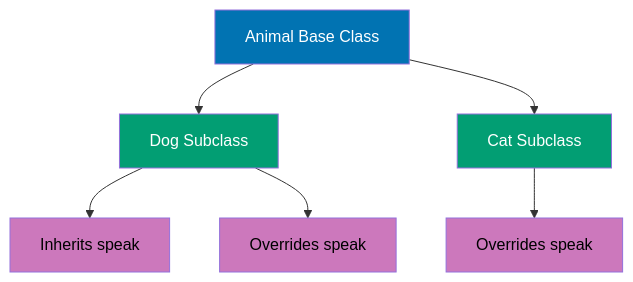
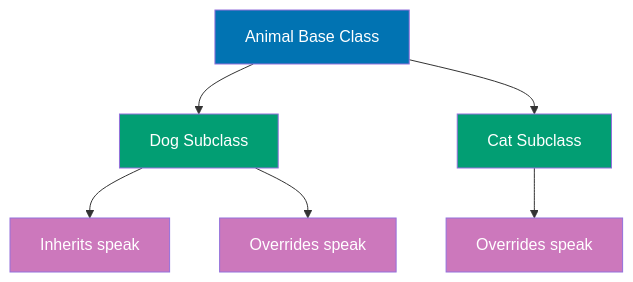
The tenth of 11 diagrams in apps/ayokoding-web/content/en/learn/software-engineering/programming-languages/python/by-example/beginner.md (wahidyankf/open-sharia-enterprise), drawn with Mermaid before and after one commit. The commit also changed other lines of this file and 61 other files, not shown here.

First line of the commit message:
fix(ayokoding-web): quote Mermaid node labels with special characters in Example 63

````diff
--- a/apps/ayokoding-web/content/en/learn/software-engineering/programming-languages/python/by-example/beginner.md
+++ b/apps/ayokoding-web/content/en/learn/software-engineering/programming-languages/python/by-example/beginner.md
@@ -2662,16 +2662,16 @@
 ```mermaid
 %% Inheritance hierarchy
 graph TD
     A[Animal Base Class] --> B[Dog Subclass]
     A --> C[Cat Subclass]
     B --> D[Inherits speak]
     B --> E[Overrides speak]
     C --> F[Overrides speak]
 
     style A fill:#0173B2,color:#fff
     style B fill:#029E73,color:#fff
     style C fill:#029E73,color:#fff
-    style D fill:#CC78BC,color:#000
-    style E fill:#CC78BC,color:#000
-    style F fill:#CC78BC,color:#000
+    style D fill:#CC78BC,color:#fff
+    style E fill:#CC78BC,color:#fff
+    style F fill:#CC78BC,color:#fff
 ```
````
